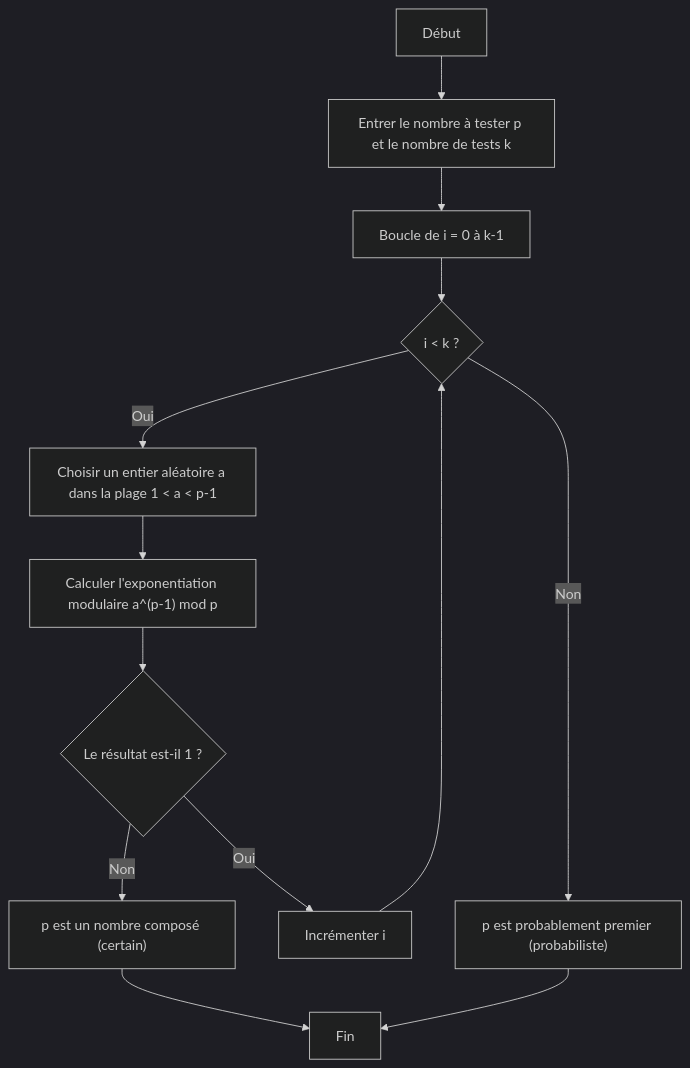
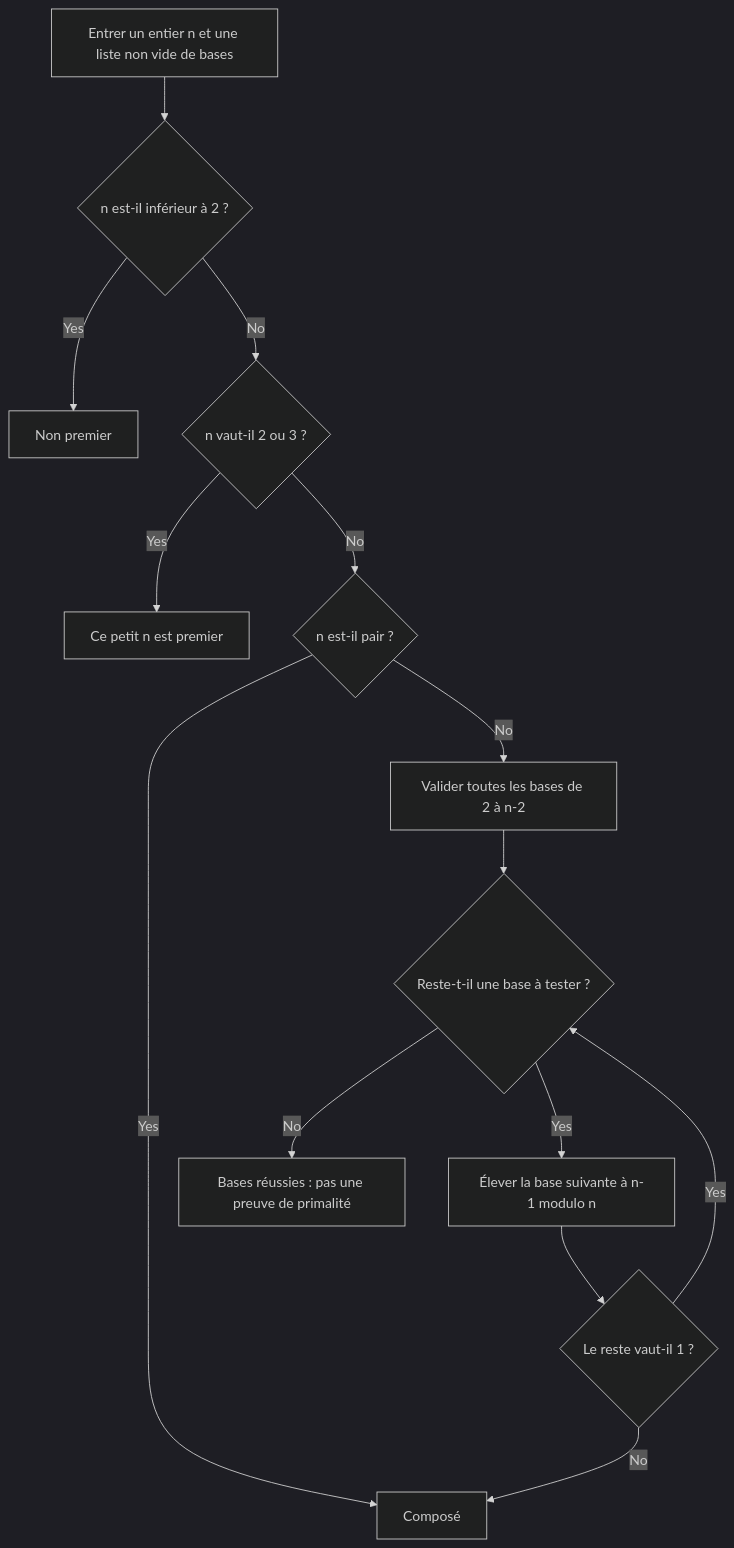
The first of 2 diagrams in content/post/フェルマーの小定理と暗号化/index.fr.md (kenjinote/blog), drawn with Mermaid (dark theme) before and after one commit. The commit also changed other lines of this file and 5 other files, not shown here.

````diff
--- a/content/post/フェルマーの小定理と暗号化/index.fr.md
+++ b/content/post/フェルマーの小定理と暗号化/index.fr.md
@@ -156,15 +70,16 @@
 ```mermaid
 flowchart TD
-    Start["Début"] --> Input["Entrer le nombre à tester p et le nombre de tests k"]
-    Input --> LoopStart["Boucle de i = 0 à k-1"]
-    LoopStart --> Condition{"i < k ?"}
-    Condition -- Oui --> RandomA["Choisir un entier aléatoire a dans la plage 1 < a < p-1"]
-    RandomA --> Calc["Calculer l'exponentiation modulaire a^(p-1) mod p"]
-    Calc --> CheckPrime{"Le résultat est-il 1 ?"}
-    CheckPrime -- Non --> ReturnComposite["p est un nombre composé (certain)"]
-    CheckPrime -- Oui --> Increment["Incrémenter i"]
-    Increment --> Condition
-    Condition -- Non --> ReturnPrime["p est probablement premier (probabiliste)"]
-    ReturnComposite --> End["Fin"]
-    ReturnPrime --> End
+    Input["Entrer un entier n et une liste non vide de bases"] --> Small{"n est-il inférieur à 2 ?"}
+    Small -- Yes --> NotPrime["Non premier"]
+    Small -- No --> Tiny{"n vaut-il 2 ou 3 ?"}
+    Tiny -- Yes --> Known["Ce petit n est premier"]
+    Tiny -- No --> Even{"n est-il pair ?"}
+    Even -- Yes --> Composite["Composé"]
+    Even -- No --> Validate["Valider toutes les bases de 2 à n-2"]
+    Validate --> Next{"Reste-t-il une base à tester ?"}
+    Next -- Yes --> Power["Élever la base suivante à n-1 modulo n"]
+    Power --> Check{"Le reste vaut-il 1 ?"}
+    Check -- No --> Composite
+    Check -- Yes --> Next
+    Next -- No --> Pass["Bases réussies : pas une preuve de primalité"]
 ```
````
